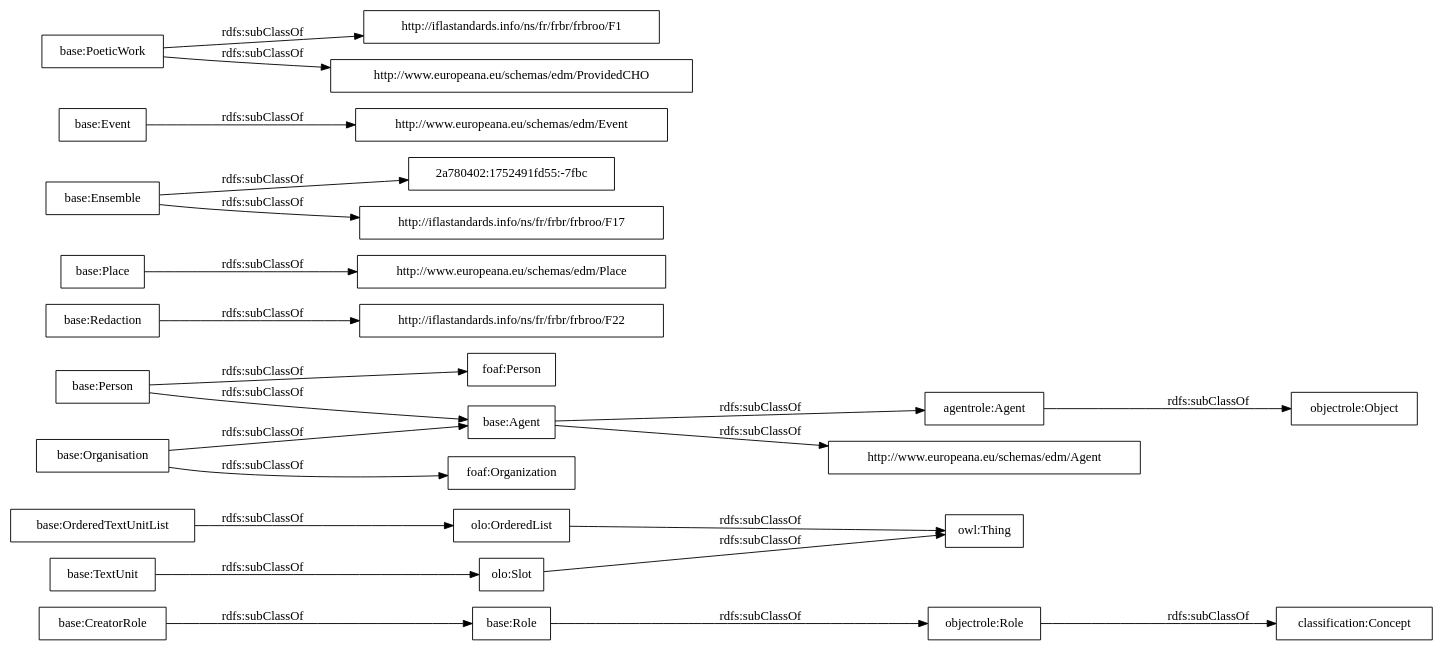
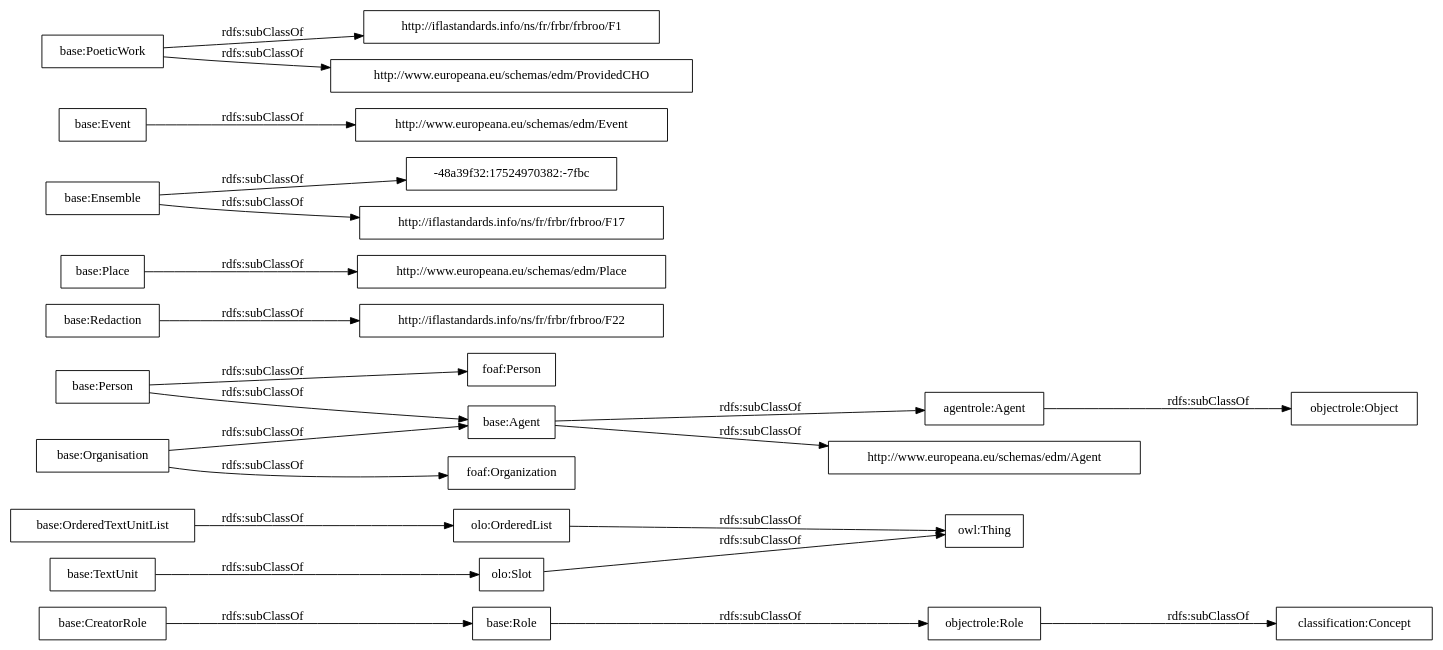
The diagram in OnToology/postdata-core.owl/diagrams/ar2dtool-taxonomy/postdata-core.owl.png.dot (OnToologyUser/core-ontology-1), drawn with Graphviz before and after one commit. The commit also changed 14 other files, not shown here.

```diff
--- a/OnToology/postdata-core.owl/diagrams/ar2dtool-taxonomy/postdata-core.owl.png.dot
+++ b/OnToology/postdata-core.owl/diagrams/ar2dtool-taxonomy/postdata-core.owl.png.dot
@@ -1,27 +1,27 @@
 digraph ar2dtool_diagram { 
 rankdir=LR;
 size="1000"
-node [shape = rectangle, color="black"]; "base:Role" "base:OrderedTextUnitList" "agentrole:Agent" "http://iflastandards.info/ns/fr/frbr/frbroo/F22" "http://www.europeana.eu/schemas/edm/Agent" "base:Agent" "base:CreatorRole" "base:Person" "base:Organisation" "http://www.europeana.eu/schemas/edm/Place" "base:Redaction" "base:Ensemble" "foaf:Person" "http://www.europeana.eu/schemas/edm/Event" "base:TextUnit" "foaf:Organization" "http://iflastandards.info/ns/fr/frbr/frbroo/F1" "http://www.europeana.eu/schemas/edm/ProvidedCHO" "base:Place" "base:Event" "2a780402:1752491fd55:-7fbc" "base:PoeticWork" "http://iflastandards.info/ns/fr/frbr/frbroo/F17" "owl:Thing" "objectrole:Role" "objectrole:Object" "olo:Slot" "olo:OrderedList" "classification:Concept" ; /*classes style*/
+node [shape = rectangle, color="black"]; "base:Role" "base:OrderedTextUnitList" "agentrole:Agent" "http://iflastandards.info/ns/fr/frbr/frbroo/F22" "http://www.europeana.eu/schemas/edm/Agent" "base:Agent" "base:CreatorRole" "base:Person" "base:Organisation" "http://www.europeana.eu/schemas/edm/Place" "base:Redaction" "base:Ensemble" "foaf:Person" "http://www.europeana.eu/schemas/edm/Event" "base:TextUnit" "http://iflastandards.info/ns/fr/frbr/frbroo/F1" "foaf:Organization" "http://www.europeana.eu/schemas/edm/ProvidedCHO" "-48a39f32:17524970382:-7fbc" "base:Place" "base:Event" "base:PoeticWork" "http://iflastandards.info/ns/fr/frbr/frbroo/F17" "owl:Thing" "objectrole:Role" "objectrole:Object" "olo:Slot" "olo:OrderedList" "classification:Concept" ; /*classes style*/
 	"base:Redaction" -> "http://iflastandards.info/ns/fr/frbr/frbroo/F22" [ label = "rdfs:subClassOf" ];
 	"base:Role" -> "objectrole:Role" [ label = "rdfs:subClassOf" ];
 	"base:Event" -> "http://www.europeana.eu/schemas/edm/Event" [ label = "rdfs:subClassOf" ];
 	"base:Person" -> "foaf:Person" [ label = "rdfs:subClassOf" ];
 	"base:Person" -> "base:Agent" [ label = "rdfs:subClassOf" ];
 	"olo:OrderedList" -> "owl:Thing" [ label = "rdfs:subClassOf" ];
 	"olo:Slot" -> "owl:Thing" [ label = "rdfs:subClassOf" ];
 	"base:PoeticWork" -> "http://www.europeana.eu/schemas/edm/ProvidedCHO" [ label = "rdfs:subClassOf" ];
 	"base:PoeticWork" -> "http://iflastandards.info/ns/fr/frbr/frbroo/F1" [ label = "rdfs:subClassOf" ];
 	"base:TextUnit" -> "olo:Slot" [ label = "rdfs:subClassOf" ];
 	"agentrole:Agent" -> "objectrole:Object" [ label = "rdfs:subClassOf" ];
-	"base:Ensemble" -> "2a780402:1752491fd55:-7fbc" [ label = "rdfs:subClassOf" ];
+	"base:Ensemble" -> "-48a39f32:17524970382:-7fbc" [ label = "rdfs:subClassOf" ];
 	"base:Ensemble" -> "http://iflastandards.info/ns/fr/frbr/frbroo/F17" [ label = "rdfs:subClassOf" ];
 	"base:OrderedTextUnitList" -> "olo:OrderedList" [ label = "rdfs:subClassOf" ];
 	"base:Agent" -> "agentrole:Agent" [ label = "rdfs:subClassOf" ];
 	"base:Agent" -> "http://www.europeana.eu/schemas/edm/Agent" [ label = "rdfs:subClassOf" ];
 	"objectrole:Role" -> "classification:Concept" [ label = "rdfs:subClassOf" ];
 	"base:Place" -> "http://www.europeana.eu/schemas/edm/Place" [ label = "rdfs:subClassOf" ];
 	"base:Organisation" -> "foaf:Organization" [ label = "rdfs:subClassOf" ];
 	"base:Organisation" -> "base:Agent" [ label = "rdfs:subClassOf" ];
 	"base:CreatorRole" -> "base:Role" [ label = "rdfs:subClassOf" ];
 
 }
```
